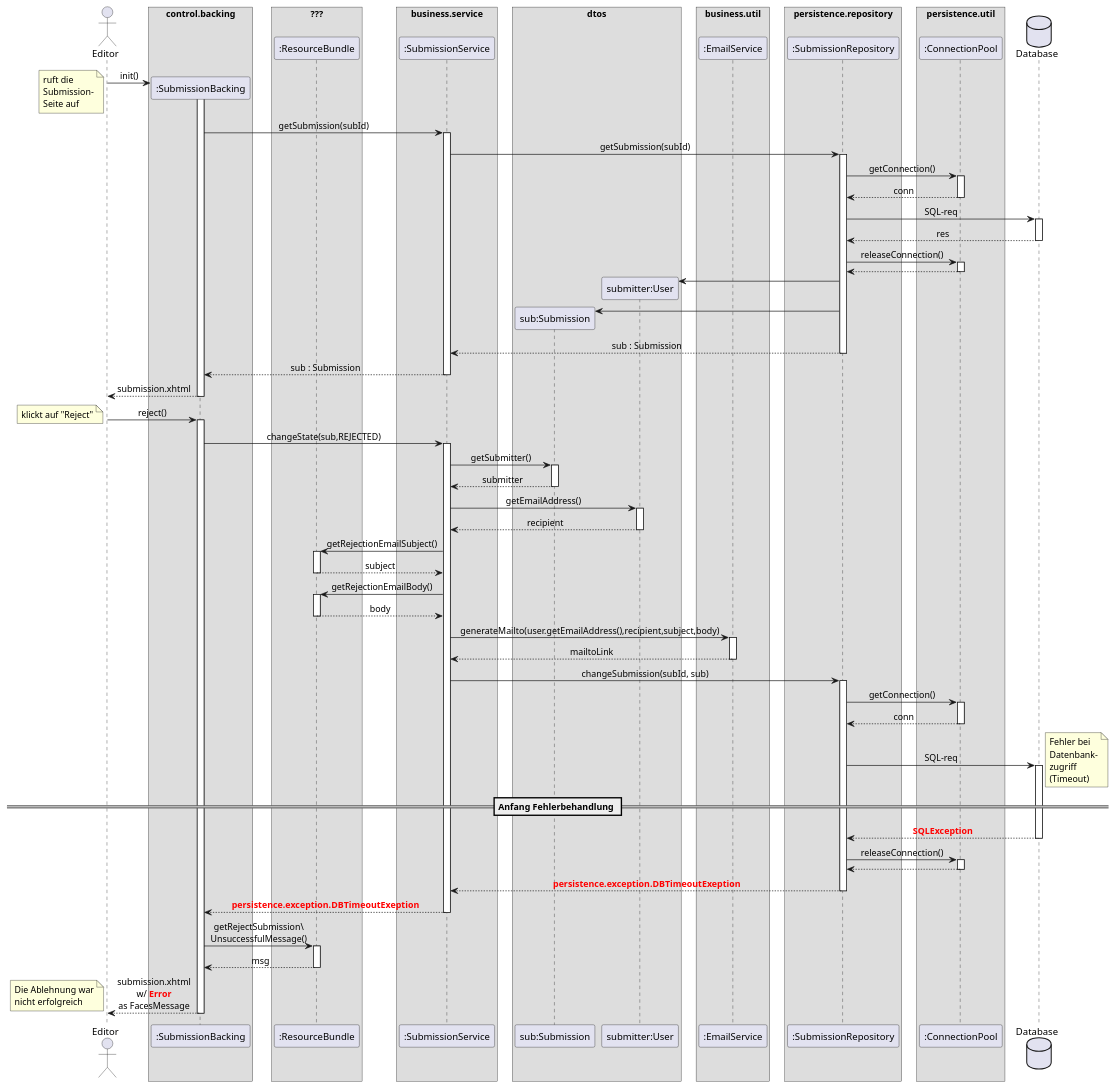
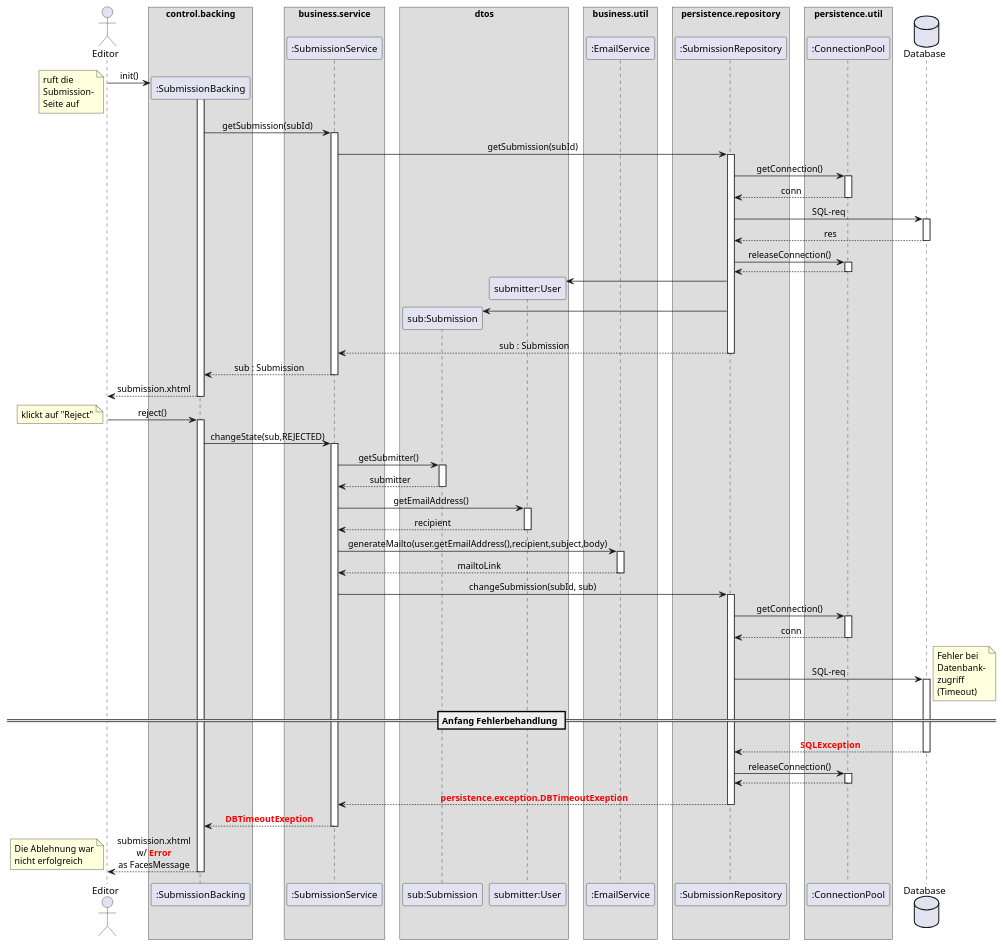
Before and after one commit to guersterst/LasEs: the diagram in docs/Entwurf/puml/reject_submission.puml, drawn with PlantUML. The commit also changed 5 other files, not shown here.

Commit message:
abandon ResourceBundle in Datenfluss

```diff
--- a/docs/Entwurf/puml/reject_submission.puml
+++ b/docs/Entwurf/puml/reject_submission.puml
@@ -1,122 +1,118 @@
 @startuml
 'https://plantuml.com/sequence-diagram
 
 '!theme aws-orange
 skinparam sequenceMessageAlign center
 skinparam BoxPadding 10
 'autonumber
 'autoactivate on
 
 actor Editor as editor
 box "control.backing"
     participant ":SubmissionBacking" as subBacking
 end box
-box "???"
-    participant ":ResourceBundle" as rscBundle
-end box
+'box "???"
+'    participant ":ResourceBundle" as rscBundle
+'end box
 box "business.service"
     participant ":SubmissionService" as subService
 end box
 box "dtos"
     participant "sub:Submission" as sub
     participant "submitter:User" as submitter
 end box
 box "business.util"
 participant ":EmailService" as emailService
 end box
 box persistence.repository
     participant ":SubmissionRepository" as subRepo
 end box
 box persistence.util
     participant ":ConnectionPool" as connPool
 end box
 database "Database" as db
 
 editor -> subBacking ** : init()
 note left
     ruft die
     Submission-
     Seite auf
 end note
 activate subBacking
         subBacking -> subService : getSubmission(subId)
         activate subService
             subService -> subRepo : getSubmission(subId)
             activate subRepo
                 subRepo -> connPool : getConnection()
                 activate connPool
                 return conn
                 subRepo -> db : SQL-req
                 activate db
                 return res
                 subRepo -> connPool : releaseConnection()
                     activate connPool
                     return
                 create submitter
                 subRepo -> submitter
                 create sub
                 subRepo -> sub
             return sub : Submission
         return sub : Submission
 return submission.xhtml
 
 editor -> subBacking : reject()
 note left
     klickt auf "Reject"
 end note
 activate subBacking
     subBacking -> subService : changeState(sub,REJECTED)
     activate subService
         subService -> sub : getSubmitter()
         activate sub
         return submitter
 '        subService -> sub : getAuthors()
 '        activate sub
 '        return addrs
         subService -> submitter : getEmailAddress()
         activate submitter
         return recipient
-        subService -> rscBundle : getRejectionEmailSubject()
-        activate rscBundle
-        return subject
-        subService -> rscBundle : getRejectionEmailBody()
-        activate rscBundle
-        return body
+'        subService -> rscBundle : getRejectionEmailSubject()
+'        activate rscBundle
+'        return subject
+'        subService -> rscBundle : getRejectionEmailBody()
+'        activate rscBundle
+'        return body
 
         subService -> emailService : generateMailto(user.getEmailAddress(),recipient,subject,body)
         activate emailService
         return mailtoLink
 
         subService -> subRepo : changeSubmission(subId, sub)
         activate subRepo
             subRepo -> connPool : getConnection()
             activate connPool
             return conn
             subRepo -> db : SQL-req
             activate db
             note right
                 Fehler bei
                 Datenbank-
                 zugriff
                 (Timeout)
             end note
 == Anfang Fehlerbehandlung ==
             return <font color=red><b>SQLException
             subRepo -> connPool : releaseConnection()
             activate connPool
             return
         return <font color=red><b>persistence.exception.DBTimeoutExeption
-    return <font color=red><b>persistence.exception.DBTimeoutExeption
-
-    subBacking -> rscBundle : getRejectSubmission\\\nUnsuccessfulMessage()
-    activate rscBundle
-    return msg
+    return <font color=red><b>DBTimeoutExeption
 
 return submission.xhtml\nw/ <font color=red><b>Error</b></font>\nas FacesMessage
 note left
 Die Ablehnung war
 nicht erfolgreich
 end note
 
 
 @enduml
```
